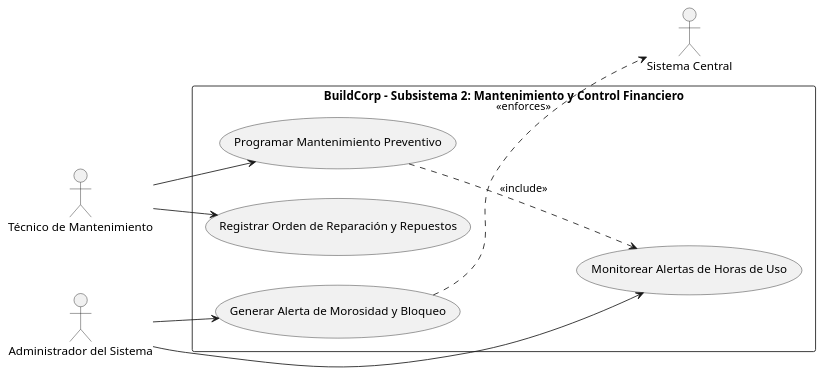
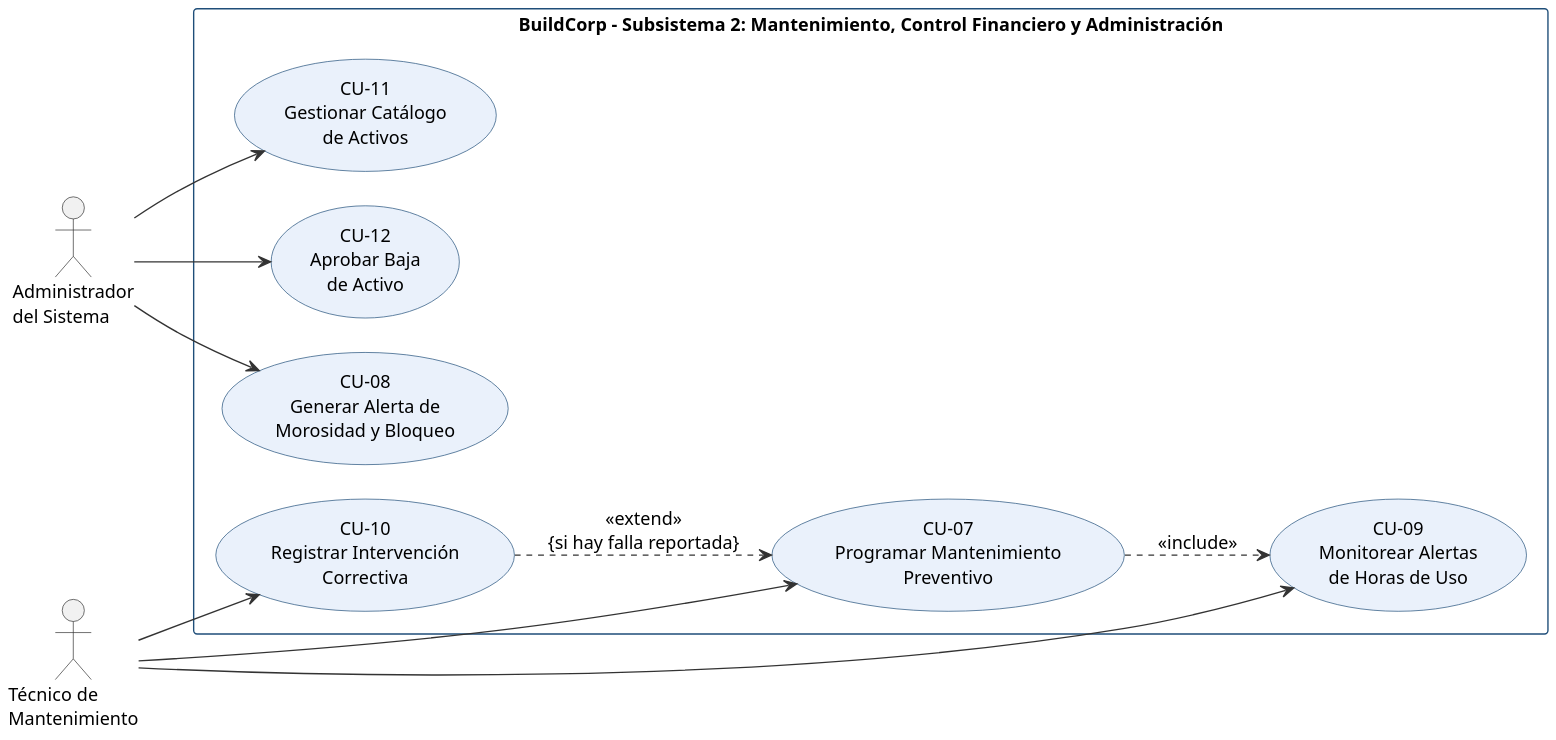
Before and after one commit to paapumaster/BuildCorp: the diagram in BuildCorp/out/diagramas/subsistema_mantenimiento.puml, drawn with PlantUML. The commit also changed 3 other files, not shown here.

```diff
--- a/BuildCorp/out/diagramas/subsistema_mantenimiento.puml
+++ b/BuildCorp/out/diagramas/subsistema_mantenimiento.puml
@@ -1,24 +1,38 @@
 @startuml
 left to right direction
-skinparam packageStyle rectangle
-
-actor "Técnico de Mantenimiento" as Tecnico
-actor "Administrador del Sistema" as Admin
-actor "Sistema Central" as Sistema
-
-rectangle "BuildCorp - Subsistema 2: Mantenimiento y Control Financiero" {
-    usecase "Programar Mantenimiento Preventivo" as UC6
-    usecase "Registrar Orden de Reparación y Repuestos" as UC7
-    usecase "Monitorear Alertas de Horas de Uso" as UC8
-    usecase "Generar Alerta de Morosidad y Bloqueo" as UC9
-
-    Tecnico --> UC6
-    Tecnico --> UC7
-    
-    Admin --> UC8
-    Admin --> UC9
-
-    UC6 ..> UC8 : <<include>>
-    UC9 ..> Sistema : <<enforces>>
+skinparam shadowing false
+skinparam dpi 160
+skinparam nodesep 25
+skinparam ranksep 45
+skinparam defaultFontName Arial
+skinparam defaultFontSize 13
+skinparam ArrowColor #333333
+skinparam ActorBorderColor #333333
+skinparam UsecaseBackgroundColor #EAF1FB
+skinparam UsecaseBorderColor #1F4E79
+skinparam RectangleBorderColor #1F4E79
+skinparam RectangleBackgroundColor #FFFFFF
+skinparam RectangleFontStyle bold
+ 
+actor "Técnico de\nMantenimiento" as Tecnico
+actor "Administrador\ndel Sistema" as Admin
+ 
+rectangle "BuildCorp - Subsistema 2: Mantenimiento, Control Financiero y Administración" {
+    usecase "CU-07\nProgramar Mantenimiento\nPreventivo" as CU07
+    usecase "CU-08\nGenerar Alerta de\nMorosidad y Bloqueo" as CU08
+    usecase "CU-09\nMonitorear Alertas\nde Horas de Uso" as CU09
+    usecase "CU-10\nRegistrar Intervención\nCorrectiva" as CU10
+    usecase "CU-11\nGestionar Catálogo\nde Activos" as CU11
+    usecase "CU-12\nAprobar Baja\nde Activo" as CU12
 }
+ 
+Tecnico --> CU07
+Tecnico --> CU09
+Tecnico --> CU10
+Admin --> CU08
+Admin --> CU11
+Admin --> CU12
+ 
+CU07 ..> CU09 : <<include>>
+CU10 ..> CU07 : <<extend>>\n{si hay falla reportada}
 @enduml
```
